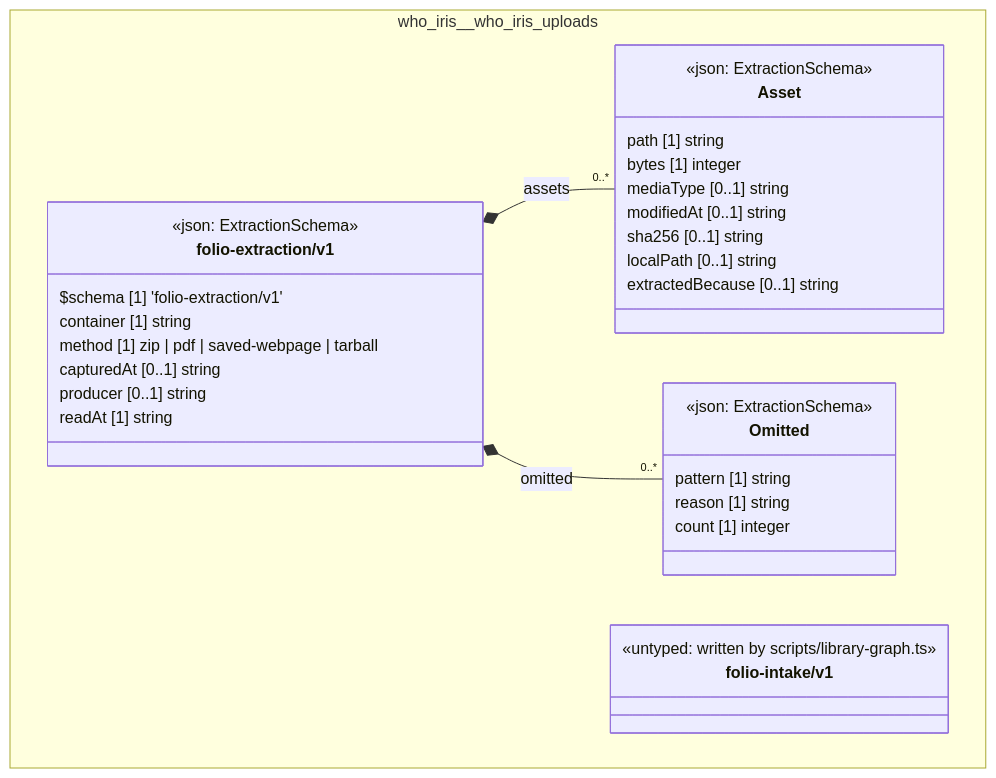
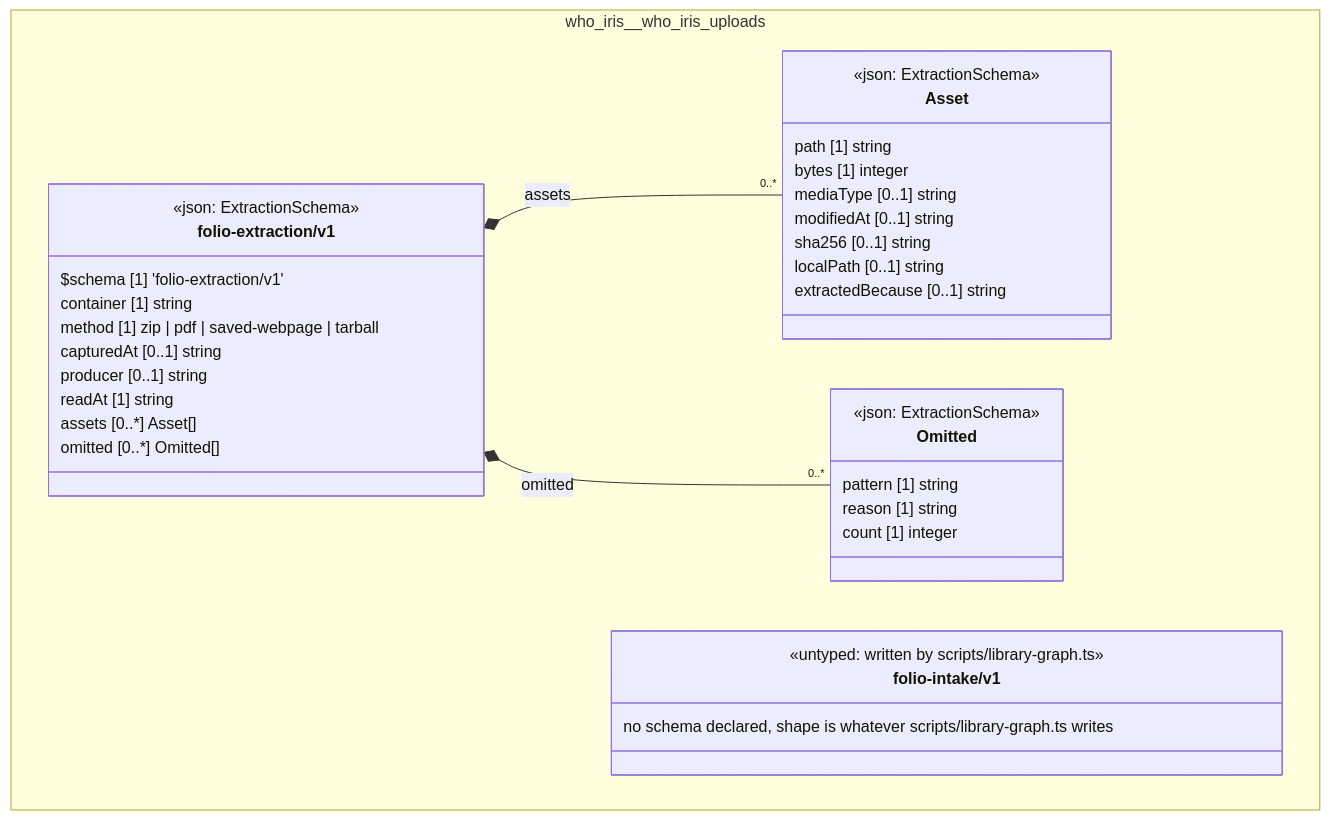
The diagram in cat-harness/docs/uml/overview/who-iris/who-iris-uploads.md (litlfred/folio-assistant), drawn with Mermaid before and after one commit. The commit also changed 181 other files, not shown here.

First line of the commit message:
UML: full object model on the overview page; no empty class boxes

````diff
--- a/cat-harness/docs/uml/overview/who-iris/who-iris-uploads.md
+++ b/cat-harness/docs/uml/overview/who-iris/who-iris-uploads.md
@@ -29,40 +29,43 @@
 ```mermaid
 classDiagram
   direction TB
   namespace who_iris__who_iris_uploads {
     class who_iris_who_iris_uploads_folio_extraction_v1_Asset["Asset"] {
       <<json: ExtractionSchema>>
       path [1] string
       bytes [1] integer
       mediaType [0..1] string
       modifiedAt [0..1] string
       sha256 [0..1] string
       localPath [0..1] string
       extractedBecause [0..1] string
     }
     class who_iris_who_iris_uploads_folio_extraction_v1_Omitted["Omitted"] {
       <<json: ExtractionSchema>>
       pattern [1] string
       reason [1] string
       count [1] integer
     }
     class who_iris_who_iris_uploads_folio_extraction_v1_folio_extraction_v1["folio-extraction/v1"] {
       <<json: ExtractionSchema>>
       $schema [1] 'folio-extraction/v1'
       container [1] string
       method [1] zip | pdf | saved-webpage | tarball
       capturedAt [0..1] string
       producer [0..1] string
       readAt [1] string
+      assets [0..*] Asset[]
+      omitted [0..*] Omitted[]
     }
     class who_iris_who_iris_uploads_folio_intake_v1["folio-intake/v1"] {
       <<untyped: written by scripts/library-graph.ts>>
+      no schema declared, shape is whatever scripts/library-graph.ts writes
     }
   }
   who_iris_who_iris_uploads_folio_extraction_v1_folio_extraction_v1 *-- "0..*" who_iris_who_iris_uploads_folio_extraction_v1_Asset : assets
   who_iris_who_iris_uploads_folio_extraction_v1_folio_extraction_v1 *-- "0..*" who_iris_who_iris_uploads_folio_extraction_v1_Omitted : omitted
   cssClass "who_iris_who_iris_uploads_folio_extraction_v1_Asset" fa_uml_kind_uploads
   cssClass "who_iris_who_iris_uploads_folio_extraction_v1_Omitted" fa_uml_kind_uploads
   cssClass "who_iris_who_iris_uploads_folio_extraction_v1_folio_extraction_v1" fa_uml_kind_uploads
   cssClass "who_iris_who_iris_uploads_folio_intake_v1" fa_uml_kind_uploads
 ```
````
